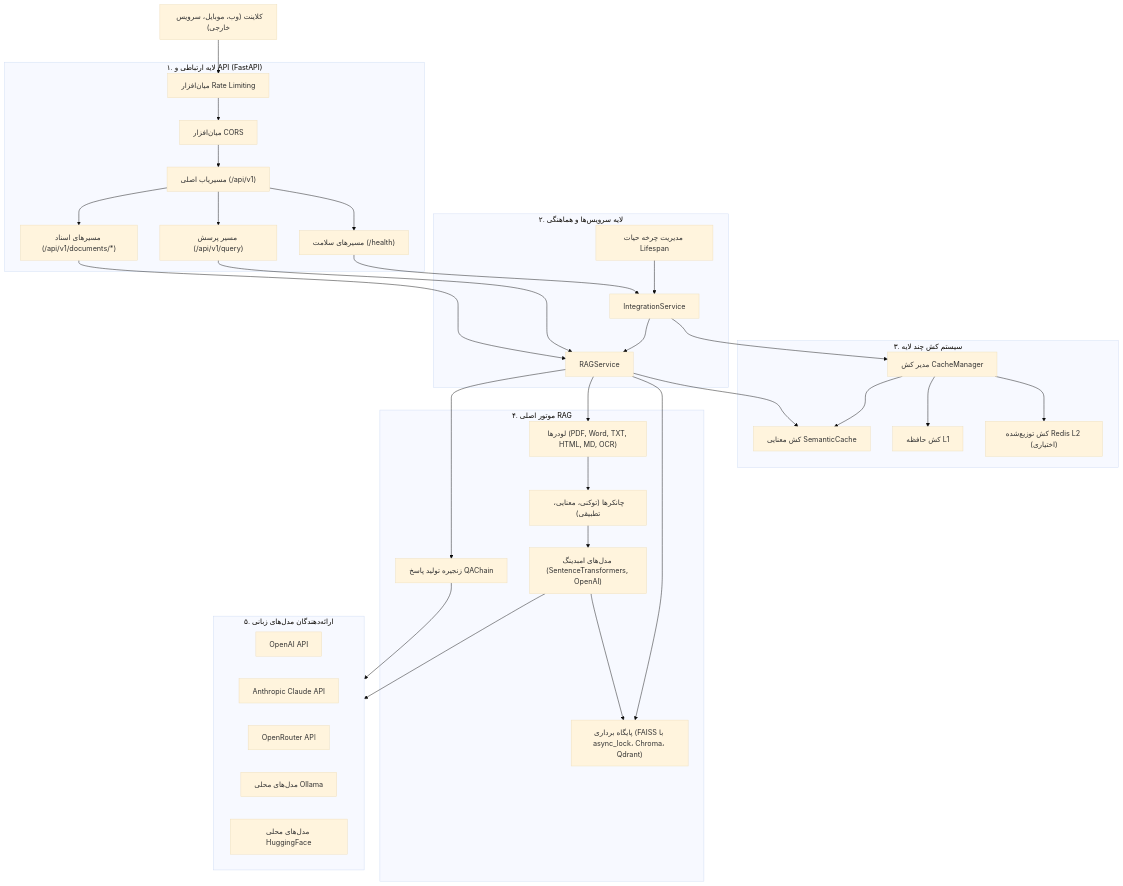
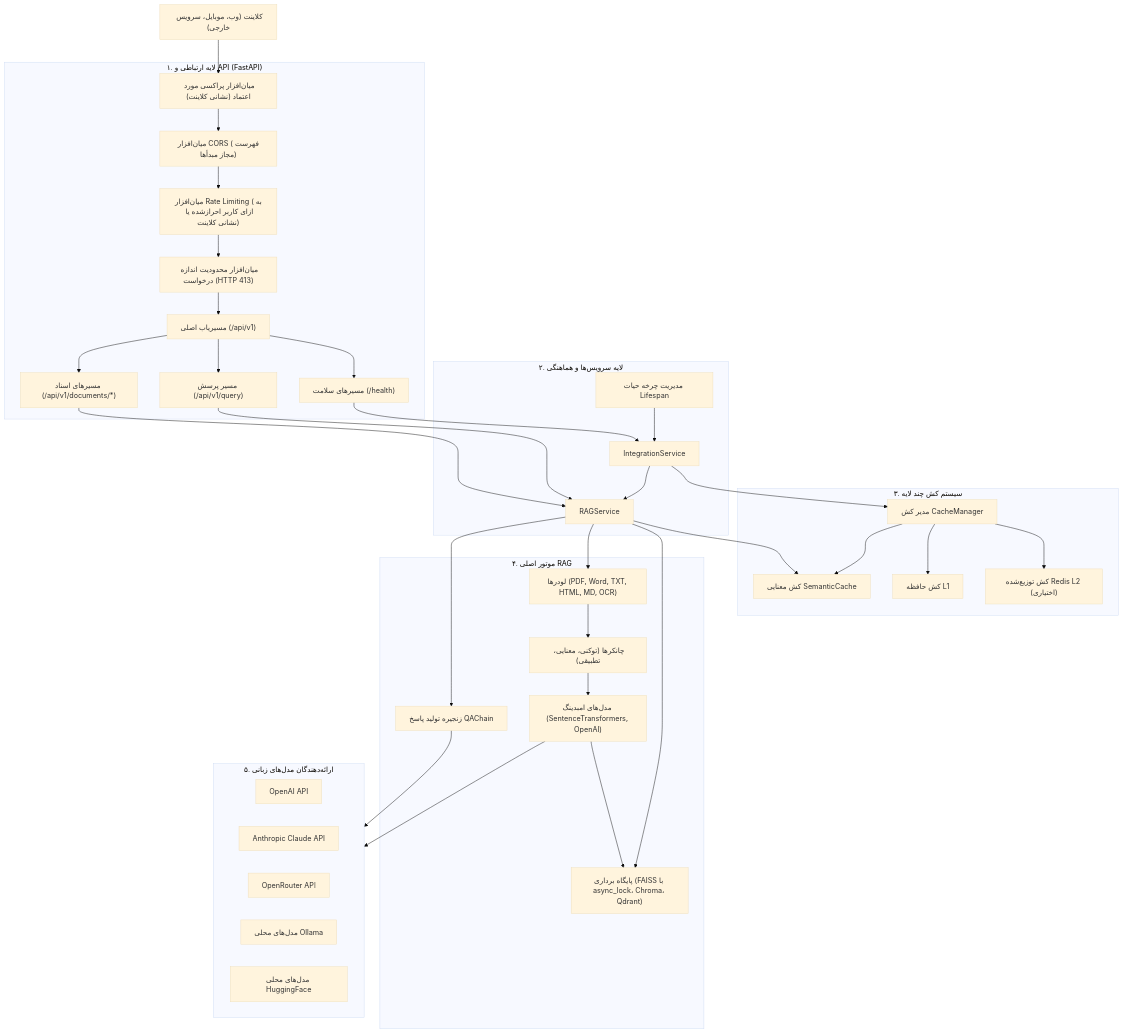
One commit to dibbed/tenant-rag changed the diagram in docs/ARCHITECTURE.fa.md. Above: the diagram before and after it, drawn with Mermaid (base theme). The commit also changed other lines of this file and 10 other files, not shown here.

````diff
--- a/docs/ARCHITECTURE.fa.md
+++ b/docs/ARCHITECTURE.fa.md
@@ -9,66 +9,68 @@
 ```mermaid
 flowchart TD
     Client["کلاینت (وب، موبایل، سرویس خارجی)"]
 
     subgraph APILayer ["۱. لایه ارتباطی و API (FastAPI)"]
-        RL["میان‌افزار Rate Limiting"]
-        CORS["میان‌افزار CORS"]
+        RL["میان‌افزار Rate Limiting (به ازای کاربر احرازشده یا نشانی کلاینت)"]
+        BodyLimit["میان‌افزار محدودیت اندازه درخواست (HTTP 413)"]
+        Proxy["میان‌افزار پراکسی مورد اعتماد (نشانی کلاینت)"]
+        CORS["میان‌افزار CORS (فهرست مجاز مبدأها)"]
         Router["مسیریاب اصلی (/api/v1)"]
         HealthRoute["مسیرهای سلامت (/health)"]
         QueryRoute["مسیر پرسش (/api/v1/query)"]
         DocRoute["مسیرهای اسناد (/api/v1/documents/*)"]
     end
 
     subgraph ServiceLayer ["۲. لایه سرویس‌ها و هماهنگی"]
         Lifespan["مدیریت چرخه حیات Lifespan"]
         IntService["IntegrationService"]
         RAGService["RAGService"]
     end
 
     subgraph CacheLayer ["۳. سیستم کش چند لایه"]
         CacheMgr["مدیر کش CacheManager"]
         SemCache["کش معنایی SemanticCache"]
         MemCache["کش حافظه L1"]
         RedisCache["کش توزیع‌شده Redis L2 (اختیاری)"]
     end
 
     subgraph RAGCore ["۴. موتور اصلی RAG"]
         Loaders["لودرها (PDF, Word, TXT, HTML, MD, OCR)"]
         Chunkers["چانکرها (توکنی، معنایی، تطبیقی)"]
         Embedder["مدل‌های امبدینگ (SentenceTransformers, OpenAI)"]
         VectorStore["پایگاه برداری (FAISS با async_lock، Chroma، Qdrant)"]
         QAChain["زنجیره تولید پاسخ QAChain"]
     end
 
     subgraph ModelProviders ["۵. ارائه‌دهندگان مدل‌های زبانی"]
         OpenAI["OpenAI API"]
         Anthropic["Anthropic Claude API"]
         OpenRouter["OpenRouter API"]
         Ollama["مدل‌های محلی Ollama"]
         HFLocal["مدل‌های محلی HuggingFace"]
     end
 
-    Client --> RL --> CORS --> Router
+    Client --> Proxy --> CORS --> RL --> BodyLimit --> Router
     Router --> HealthRoute
     Router --> QueryRoute
     Router --> DocRoute
 
     HealthRoute --> IntService
     DocRoute --> RAGService
     QueryRoute --> RAGService
 
     Lifespan --> IntService
     IntService --> RAGService
     IntService --> CacheMgr
 
     RAGService --> Loaders --> Chunkers --> Embedder --> VectorStore
     RAGService --> SemCache
     RAGService --> VectorStore
     RAGService --> QAChain
 
     QAChain --> ModelProviders
     Embedder --> ModelProviders
     CacheMgr --> SemCache
     CacheMgr --> MemCache
     CacheMgr --> RedisCache
 ```
````
